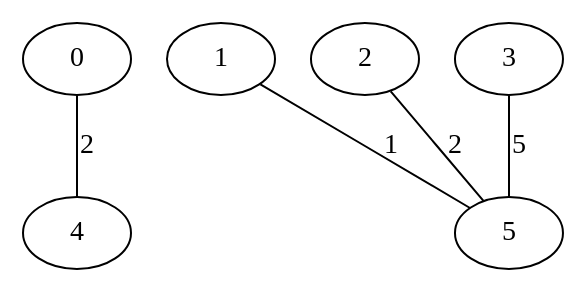
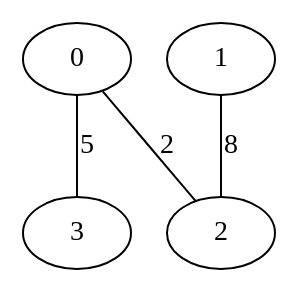
The diagram in grafo-com-peso/arvoreGeradoraMinima.dot (nand1nha/Tecnica-de-programacao-avancada), drawn with Graphviz before and after one commit. The commit also changed 5 other files, not shown here.

First line of the commit message:
Refactor graph representation and connectivity checks

```diff
--- a/grafo-com-peso/arvoreGeradoraMinima.dot
+++ b/grafo-com-peso/arvoreGeradoraMinima.dot
@@ -1,12 +1,9 @@
 graph G {
   0;
   1;
   2;
   3;
-  4;
-  5;
-  0 -- 4 [label=2,weight=2];
-  1 -- 5 [label=1,weight=1];
-  2 -- 5 [label=2,weight=2];
-  3 -- 5 [label=5,weight=5];
+  0 -- 2 [label=2,weight=2];
+  0 -- 3 [label=5,weight=5];
+  1 -- 2 [label=8,weight=8];
 }
```
